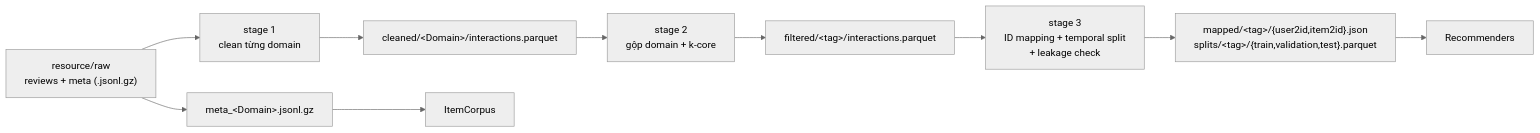
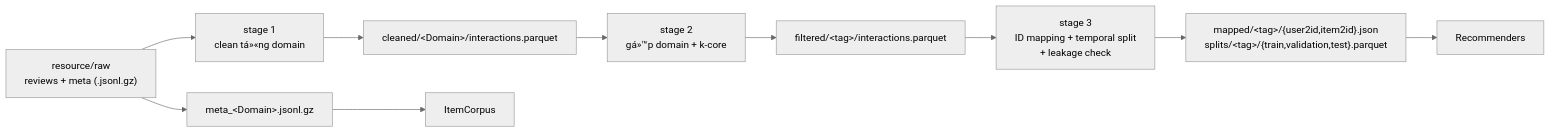
Before and after one commit to MinhLaFuch/agentic-rag-for-rcm-sys: the second of 4 diagrams in src/Project repository reading 29.10.md, drawn with Mermaid (neutral theme). The commit also changed other lines of this file and 382 other files, not shown here.

````diff
--- a/src/Project repository reading 29.10.md
+++ b/src/Project repository reading 29.10.md
@@ -266,17 +253,17 @@
 ```mermaid
 flowchart LR
     RAW["resource/raw<br/>reviews + meta (.jsonl.gz)"]
-    S1["stage 1<br/>clean từng domain"]
-    S2["stage 2<br/>gộp domain + k-core"]
+    S1["stage 1<br/>clean tá»«ng domain"]
+    S2["stage 2<br/>gá»™p domain + k-core"]
     S3["stage 3<br/>ID mapping + temporal split<br/>+ leakage check"]
     OUT1["cleaned/&lt;Domain&gt;/interactions.parquet"]
     OUT2["filtered/&lt;tag&gt;/interactions.parquet"]
     OUT3["mapped/&lt;tag&gt;/{user2id,item2id}.json<br/>splits/&lt;tag&gt;/{train,validation,test}.parquet"]
     META["meta_&lt;Domain&gt;.jsonl.gz"]
     CORPUS["ItemCorpus"]
     MODELS["Recommenders"]
 
     RAW --> S1 --> OUT1 --> S2 --> OUT2 --> S3 --> OUT3
     RAW --> META --> CORPUS
     OUT3 --> MODELS
 ```
````
